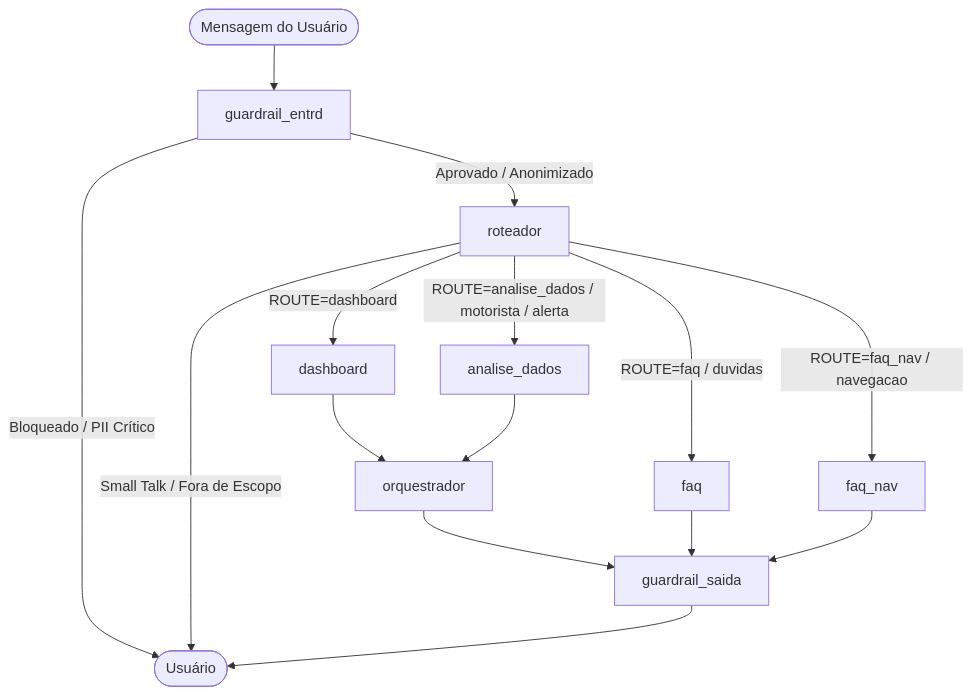
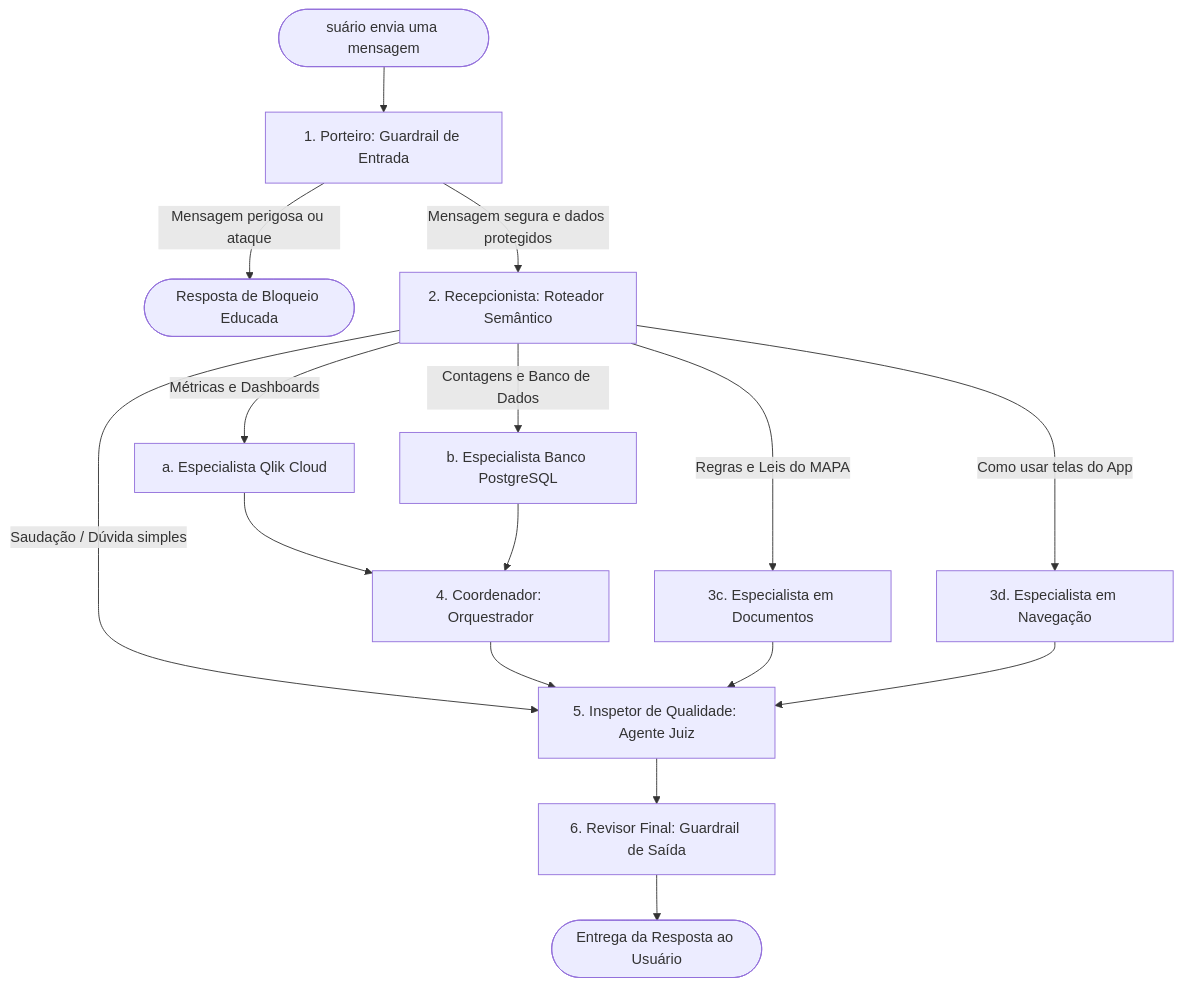
The diagram in GRAFO.md (Efficientia/Efficientia-IA-desktop), drawn with Mermaid before and after one commit. The commit also changed 3 other files, not shown here.

````diff
--- a/GRAFO.md
+++ b/GRAFO.md
@@ -9,22 +9,23 @@
 ```mermaid
 flowchart TD
-    Entrada([Mensagem do Usuário]) --> GuardrailEntrada[guardrail_entrd]
+    Inicio([suário envia uma mensagem]) --> Entrada[1. Porteiro: Guardrail de Entrada]
     
-    GuardrailEntrada -->|Bloqueado / PII Crítico| Fim([Usuário])
-    GuardrailEntrada -->|Aprovado / Anonimizado| Roteador[roteador]
+    Entrada -->|Mensagem perigosa ou ataque| Bloqueio([Resposta de Bloqueio Educada])
+    Entrada -->|Mensagem segura e dados protegidos| Roteador[2. Recepcionista: Roteador Semântico]
     
-    Roteador -->|Small Talk / Fora de Escopo| Fim
-    Roteador -->|ROUTE=dashboard| Dashboard[dashboard]
-    Roteador -->|ROUTE=analise_dados / motorista / alerta| AnaliseDados[analise_dados]
-    Roteador -->|ROUTE=faq / duvidas| FAQ[faq]
-    Roteador -->|ROUTE=faq_nav / navegacao| FAQNav[faq_nav]
+    Roteador -->|Saudação / Dúvida simples| Juiz
+    Roteador -->|Métricas e Dashboards| Dashboard[a. Especialista Qlik Cloud]
+    Roteador -->|Contagens e Banco de Dados| AnaliseDados[b. Especialista Banco PostgreSQL]
+    Roteador -->|Regras e Leis do MAPA| FAQ[3c. Especialista em Documentos]
+    Roteador -->|Como usar telas do App| FAQNav[3d. Especialista em Navegação]
     
-    Dashboard --> Orquestrador[orquestrador]
+    Dashboard --> Orquestrador[4. Coordenador: Orquestrador]
     AnaliseDados --> Orquestrador
     
-    Orquestrador --> GuardrailSaida[guardrail_saida]
-    FAQ --> GuardrailSaida
-    FAQNav --> GuardrailSaida
+    Orquestrador --> Juiz[5. Inspetor de Qualidade: Agente Juiz]
+    FAQ --> Juiz
+    FAQNav --> Juiz
     
-    GuardrailSaida --> Fim
+    Juiz --> Saida[6. Revisor Final: Guardrail de Saída]
+    Saida --> Fim([Entrega da Resposta ao Usuário])
 ```
````
